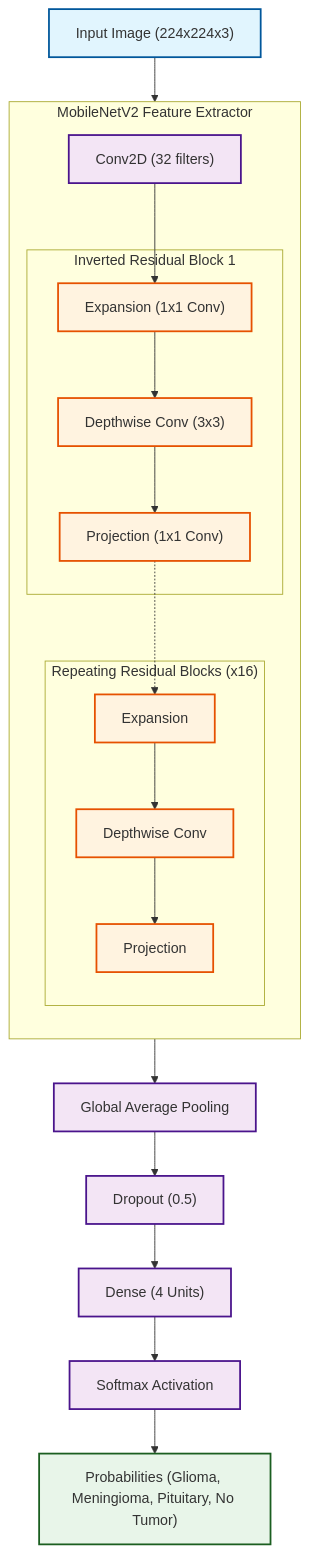
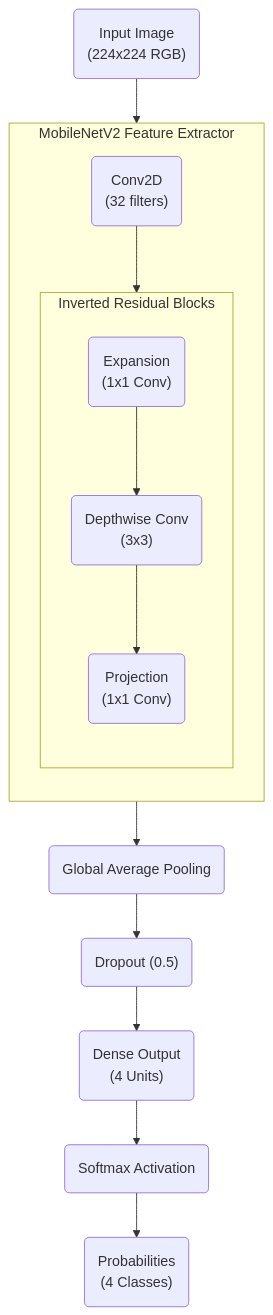
Before and after one commit to yashnaiduu/NeuroScan: the diagram in README.md, drawn with Mermaid. The commit also changed other lines of this file and 2 other files, not shown here.

Commit message:
docs: convert demo to gif and refine architecture diagram

````diff
--- a/README.md
+++ b/README.md
@@ -22,50 +22,35 @@
 ```mermaid
 graph TD
-    %% Define Styles
-    classDef input fill:#e1f5fe,stroke:#01579b,stroke-width:2px;
-    classDef block fill:#fff3e0,stroke:#e65100,stroke-width:2px;
-    classDef layer fill:#f3e5f5,stroke:#4a148c,stroke-width:2px;
-    classDef output fill:#e8f5e9,stroke:#1b5e20,stroke-width:2px;
-
-    %% Nodes
-    Input["Input Image (224x224x3)"]:::input
+    %% Nodes with rounded edges
+    Input("Input Image\n(224x224 RGB)")
     
-    subgraph Backbone ["MobileNetV2 Feature Extractor"]
+    subgraph MobileNetV2 ["MobileNetV2 Feature Extractor"]
         direction TB
-        Conv1["Conv2D (32 filters)"]:::layer
+        Conv1("Conv2D\n(32 filters)")
         
-        subgraph Block1 ["Inverted Residual Block 1"]
-            Exp1["Expansion (1x1 Conv)"]:::block
-            DW1["Depthwise Conv (3x3)"]:::block
-            Proj1["Projection (1x1 Conv)"]:::block
-        end
-        
-        subgraph BlockN ["Repeating Residual Blocks (x16)"]
-            ExpN["Expansion"]:::block
-            DWN["Depthwise Conv"]:::block
-            ProjN["Projection"]:::block
+        subgraph Blocks ["Inverted Residual Blocks"]
+            direction TB
+            Expansion("Expansion\n(1x1 Conv)")
+            Depthwise("Depthwise Conv\n(3x3)")
+            Projection("Projection\n(1x1 Conv)")
         end
     end
 
-    GAP["Global Average Pooling"]:::layer
-    Dropout["Dropout (0.5)"]:::layer
-    Dense["Dense (4 Units)"]:::layer
-    Softmax["Softmax Activation"]:::layer
-    Output["Probabilities (Glioma, Meningioma, Pituitary, No Tumor)"]:::output
+    GAP("Global Average Pooling")
+    Dropout("Dropout (0.5)")
+    Dense("Dense Output\n(4 Units)")
+    Softmax("Softmax Activation")
+    Output("Probabilities\n(4 Classes)")
 
-    %% Connections
+    %% Clean Connections
     Input --> Conv1
-    Conv1 --> Exp1
-    Exp1 --> DW1
-    DW1 --> Proj1
-    Proj1 -.-> ExpN
-    
-    ExpN --> DWN
-    DWN --> ProjN
-    ProjN --> GAP
+    Conv1 --> Expansion
+    Expansion --> Depthwise
+    Depthwise --> Projection
+    Projection --> GAP
     
     GAP --> Dropout
     Dropout --> Dense
     Dense --> Softmax
     Softmax --> Output
 ```
````
